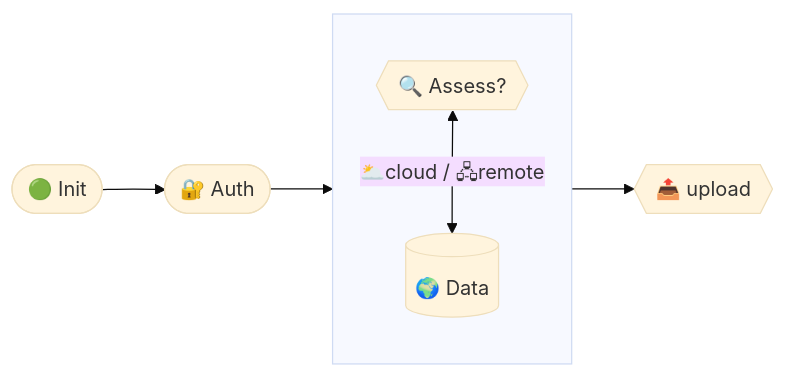
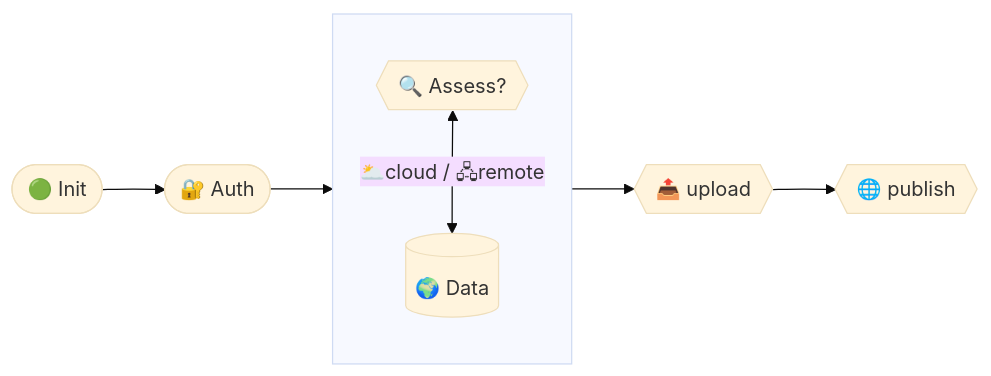
Before and after one commit to UNDP-Data/rapida: the diagram in README.md, drawn with Mermaid (base theme). The commit also changed other lines of this file, not shown here.

Commit message:
start data section in README

````diff
--- a/README.md
+++ b/README.md
@@ -16,17 +16,15 @@
 ```mermaid
 flowchart LR
     
     i([🟢 Init]) --> a([🔐 Auth])
     as{{🔍 Assess?}}
     %% Switch to top-to-bottom (TB) direction for vertical alignment
     subgraph vertical [ ]
         direction TB
         as <-->|🌥️cloud / 🖧remote| db[(🌍 Data)]
     end
     a --> vertical
     vertical --> u{{📤 upload}}
-   
-   
+    u{{📤 upload}} --> p{{🌐 publish}}
     
-
 ```
````
